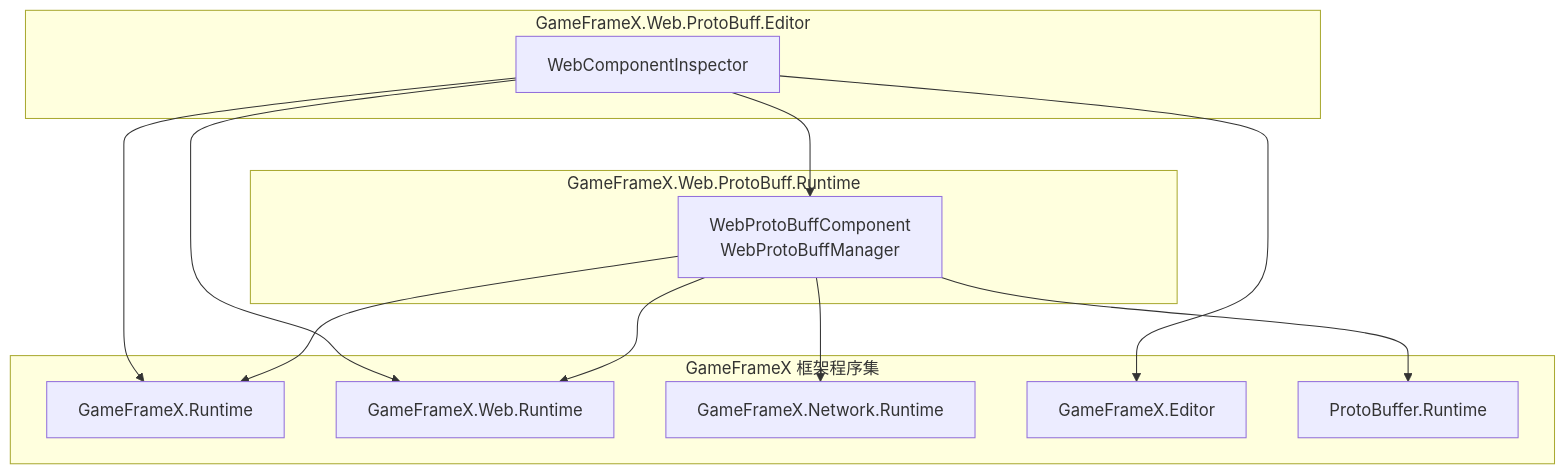
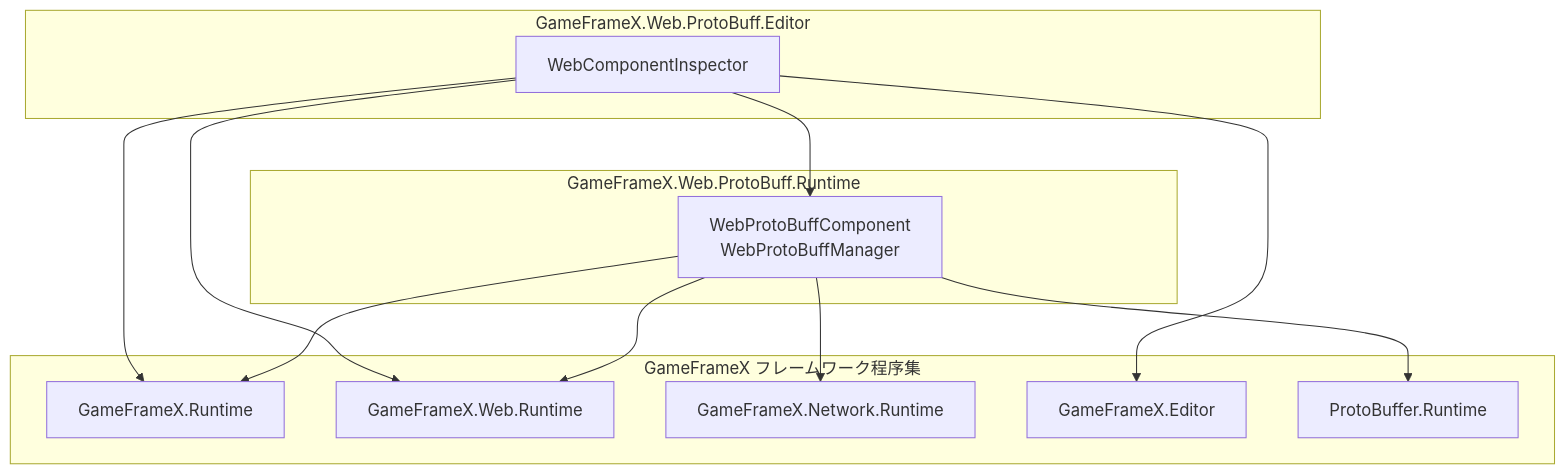
The second of 3 diagrams in docs/ja/client/unity/component/web-protobuff/05.dependencies.md (AlianBlank/GameFrameX.Docs), drawn with Mermaid before and after one commit. The commit also changed other lines of this file and 603 other files, not shown here.

````diff
--- a/docs/ja/client/unity/component/web-protobuff/05.dependencies.md
+++ b/docs/ja/client/unity/component/web-protobuff/05.dependencies.md
@@ -111,28 +111,28 @@
 ```mermaid
 flowchart TD
     subgraph ProtoBuffRuntime["GameFrameX.Web.ProtoBuff.Runtime"]
         ProtoBuffComp["WebProtoBuffComponent<br/>WebProtoBuffManager"]
     end
     
     subgraph ProtoBuffEditor["GameFrameX.Web.ProtoBuff.Editor"]
         Inspector["WebComponentInspector"]
     end
     
-    subgraph GameFrameX["GameFrameX 框架程序集"]
+    subgraph GameFrameX["GameFrameX フレームワーク程序集"]
         GRuntime["GameFrameX.Runtime"]
         GWeb["GameFrameX.Web.Runtime"]
         GNetwork["GameFrameX.Network.Runtime"]
         GEditor["GameFrameX.Editor"]
         ProtoBufRuntime["ProtoBuffer.Runtime"]
     end
     
     ProtoBuffComp --> GRuntime
     ProtoBuffComp --> GWeb
     ProtoBuffComp --> GNetwork
     ProtoBuffComp --> ProtoBufRuntime
     
     Inspector --> GWeb
     Inspector --> ProtoBuffComp
     Inspector --> GEditor
     Inspector --> GRuntime
 ```
````
